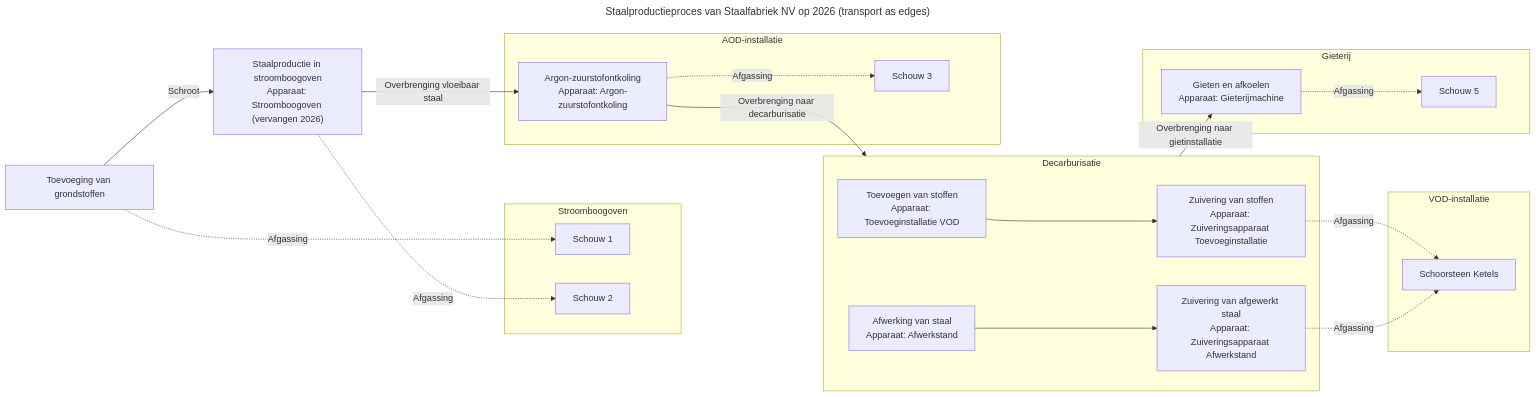
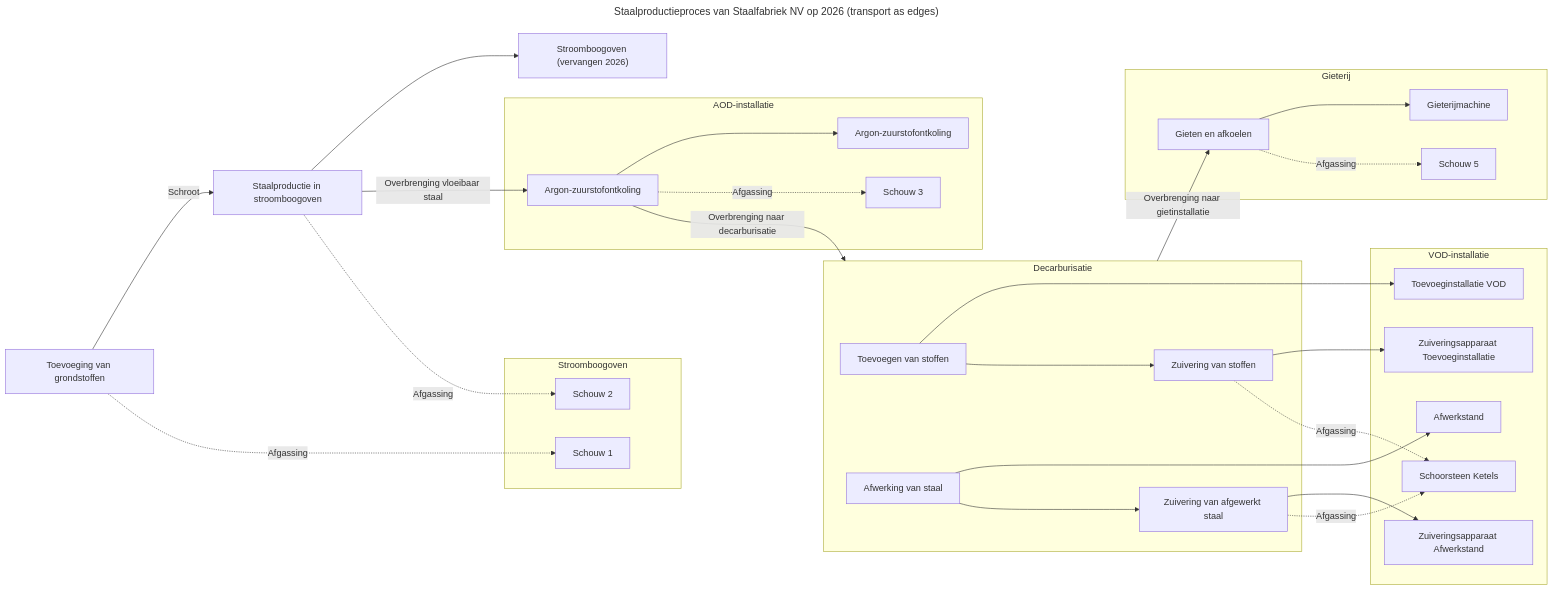
The diagram in documentatie/bin/activiteit-visualisatie/diagrams/0400123123_6851234567_ACTIVITEIT_1_VERSIE2026_proces_0400123123_6851234567_ACTIVITEIT_1_VERSIE2026_transport.mmd (milieuinfo/RIE-IEPR), drawn with Mermaid before and after one commit. The commit also changed 23 other files, not shown here.

```diff
--- a/documentatie/bin/activiteit-visualisatie/diagrams/0400123123_6851234567_ACTIVITEIT_1_VERSIE2026_proces_0400123123_6851234567_ACTIVITEIT_1_VERSIE2026_transport.mmd
+++ b/documentatie/bin/activiteit-visualisatie/diagrams/0400123123_6851234567_ACTIVITEIT_1_VERSIE2026_proces_0400123123_6851234567_ACTIVITEIT_1_VERSIE2026_transport.mmd
@@ -1,58 +1,57 @@
 ---
 title: "Staalproductieproces van Staalfabriek NV op 2026 (transport as edges)"
 ---
 flowchart LR
 subgraph proces_0400123123_6851234567_ACTIVITEIT_1_0009_VERSIE2020["Decarburisatie"]
-proces_0400123123_6851234567_ACTIVITEIT_1_0009_001["Toevoegen van stoffen
-Apparaat: Toevoeginstallatie VOD"]
-proces_0400123123_6851234567_ACTIVITEIT_1_0009_002["Zuivering van stoffen
-Apparaat: Zuiveringsapparaat Toevoeginstallatie"]
-proces_0400123123_6851234567_ACTIVITEIT_1_0009_004["Afwerking van staal
-Apparaat: Afwerkstand"]
-proces_0400123123_6851234567_ACTIVITEIT_1_0009_005["Zuivering van afgewerkt staal
-Apparaat: Zuiveringsapparaat Afwerkstand"]
+proces_0400123123_6851234567_ACTIVITEIT_1_0009_001["Toevoegen van stoffen"]
+proces_0400123123_6851234567_ACTIVITEIT_1_0009_002["Zuivering van stoffen"]
+proces_0400123123_6851234567_ACTIVITEIT_1_0009_004["Afwerking van staal"]
+proces_0400123123_6851234567_ACTIVITEIT_1_0009_005["Zuivering van afgewerkt staal"]
 end
 subgraph installatie_0400123123_6851234567_0000001["Stroomboogoven"]
 emissiepunt_0400123123_6851234567_0000001["Schouw 1"]
 emissiepunt_0400123123_6851234567_0000002["Schouw 2"]
 end
 subgraph installatie_0400123123_6851234567_0000002["Gieterij"]
 emissiepunt_0400123123_6851234567_0000005["Schouw 5"]
-proces_0400123123_6851234567_ACTIVITEIT_1_0011["Gieten en afkoelen
-Apparaat: Gieterijmachine"]
+apparaat_0400123123_6851234567_0002["Gieterijmachine"]
+proces_0400123123_6851234567_ACTIVITEIT_1_0011["Gieten en afkoelen"]
 end
 subgraph installatie_0400123123_6851234567_0000003["VOD-installatie"]
 emissiepunt_0400123123_6851234567_0000004["Schoorsteen Ketels"]
-proces_0400123123_6851234567_ACTIVITEIT_1_0009_001["Toevoegen van stoffen
-Apparaat: Toevoeginstallatie VOD"]
-proces_0400123123_6851234567_ACTIVITEIT_1_0009_005["Zuivering van afgewerkt staal
-Apparaat: Zuiveringsapparaat Afwerkstand"]
-proces_0400123123_6851234567_ACTIVITEIT_1_0009_004["Afwerking van staal
-Apparaat: Afwerkstand"]
-proces_0400123123_6851234567_ACTIVITEIT_1_0009_002["Zuivering van stoffen
-Apparaat: Zuiveringsapparaat Toevoeginstallatie"]
+apparaat_0400123123_6851234567_0003["Toevoeginstallatie VOD"]
+proces_0400123123_6851234567_ACTIVITEIT_1_0009_001["Toevoegen van stoffen"]
+apparaat_0400123123_6851234567_0008["Zuiveringsapparaat Afwerkstand"]
+proces_0400123123_6851234567_ACTIVITEIT_1_0009_005["Zuivering van afgewerkt staal"]
+apparaat_0400123123_6851234567_0007["Afwerkstand"]
+proces_0400123123_6851234567_ACTIVITEIT_1_0009_004["Afwerking van staal"]
+apparaat_0400123123_6851234567_0005["Zuiveringsapparaat Toevoeginstallatie"]
+proces_0400123123_6851234567_ACTIVITEIT_1_0009_002["Zuivering van stoffen"]
 end
 subgraph installatie_0400123123_6851234567_0000004["AOD-installatie"]
 emissiepunt_0400123123_6851234567_0000003["Schouw 3"]
-proces_0400123123_6851234567_ACTIVITEIT_1_0007["Argon-zuurstofontkoling
-Apparaat: Argon-zuurstofontkoling"]
+apparaat_0400123123_6851234567_0004["Argon-zuurstofontkoling"]
+proces_0400123123_6851234567_ACTIVITEIT_1_0007["Argon-zuurstofontkoling"]
 end
 proces_0400123123_6851234567_ACTIVITEIT_1_0001["Toevoeging van grondstoffen"]
-proces_0400123123_6851234567_ACTIVITEIT_1_0004_VERSIE2026["Staalproductie in stroomboogoven
-Apparaat: Stroomboogoven (vervangen 2026)"]
-installatie_0400123123_6851234567_0000001["Stroomboogoven"]
-installatie_0400123123_6851234567_0000002["Gieterij"]
-installatie_0400123123_6851234567_0000003["VOD-installatie"]
-installatie_0400123123_6851234567_0000004["AOD-installatie"]
+apparaat_0400123123_6851234567_0010["Stroomboogoven (vervangen 2026)"]
+proces_0400123123_6851234567_ACTIVITEIT_1_0004_VERSIE2026["Staalproductie in stroomboogoven"]
+proces_0400123123_6851234567_ACTIVITEIT_1_0004_VERSIE2026 --> apparaat_0400123123_6851234567_0010
+proces_0400123123_6851234567_ACTIVITEIT_1_0007 --> apparaat_0400123123_6851234567_0004
+proces_0400123123_6851234567_ACTIVITEIT_1_0009_001 --> apparaat_0400123123_6851234567_0003
+proces_0400123123_6851234567_ACTIVITEIT_1_0009_004 --> apparaat_0400123123_6851234567_0007
+proces_0400123123_6851234567_ACTIVITEIT_1_0011 --> apparaat_0400123123_6851234567_0002
+proces_0400123123_6851234567_ACTIVITEIT_1_0009_002 --> apparaat_0400123123_6851234567_0005
+proces_0400123123_6851234567_ACTIVITEIT_1_0009_005 --> apparaat_0400123123_6851234567_0008
 proces_0400123123_6851234567_ACTIVITEIT_1_0009_001 --> proces_0400123123_6851234567_ACTIVITEIT_1_0009_002
 proces_0400123123_6851234567_ACTIVITEIT_1_0009_004 --> proces_0400123123_6851234567_ACTIVITEIT_1_0009_005
 proces_0400123123_6851234567_ACTIVITEIT_1_0001 -- "Schroot" --> proces_0400123123_6851234567_ACTIVITEIT_1_0004_VERSIE2026
 proces_0400123123_6851234567_ACTIVITEIT_1_0004_VERSIE2026 -- "Overbrenging vloeibaar staal" --> proces_0400123123_6851234567_ACTIVITEIT_1_0007
 proces_0400123123_6851234567_ACTIVITEIT_1_0007 -- "Overbrenging naar decarburisatie" --> proces_0400123123_6851234567_ACTIVITEIT_1_0009_VERSIE2020
 proces_0400123123_6851234567_ACTIVITEIT_1_0009_VERSIE2020 -- "Overbrenging naar gietinstallatie" --> proces_0400123123_6851234567_ACTIVITEIT_1_0011
 proces_0400123123_6851234567_ACTIVITEIT_1_0001 -. "Afgassing" .-> emissiepunt_0400123123_6851234567_0000001
 proces_0400123123_6851234567_ACTIVITEIT_1_0004_VERSIE2026 -. "Afgassing" .-> emissiepunt_0400123123_6851234567_0000002
 proces_0400123123_6851234567_ACTIVITEIT_1_0007 -. "Afgassing" .-> emissiepunt_0400123123_6851234567_0000003
 proces_0400123123_6851234567_ACTIVITEIT_1_0009_002 -. "Afgassing" .-> emissiepunt_0400123123_6851234567_0000004
 proces_0400123123_6851234567_ACTIVITEIT_1_0009_005 -. "Afgassing" .-> emissiepunt_0400123123_6851234567_0000004
 proces_0400123123_6851234567_ACTIVITEIT_1_0011 -. "Afgassing" .-> emissiepunt_0400123123_6851234567_0000005
```
